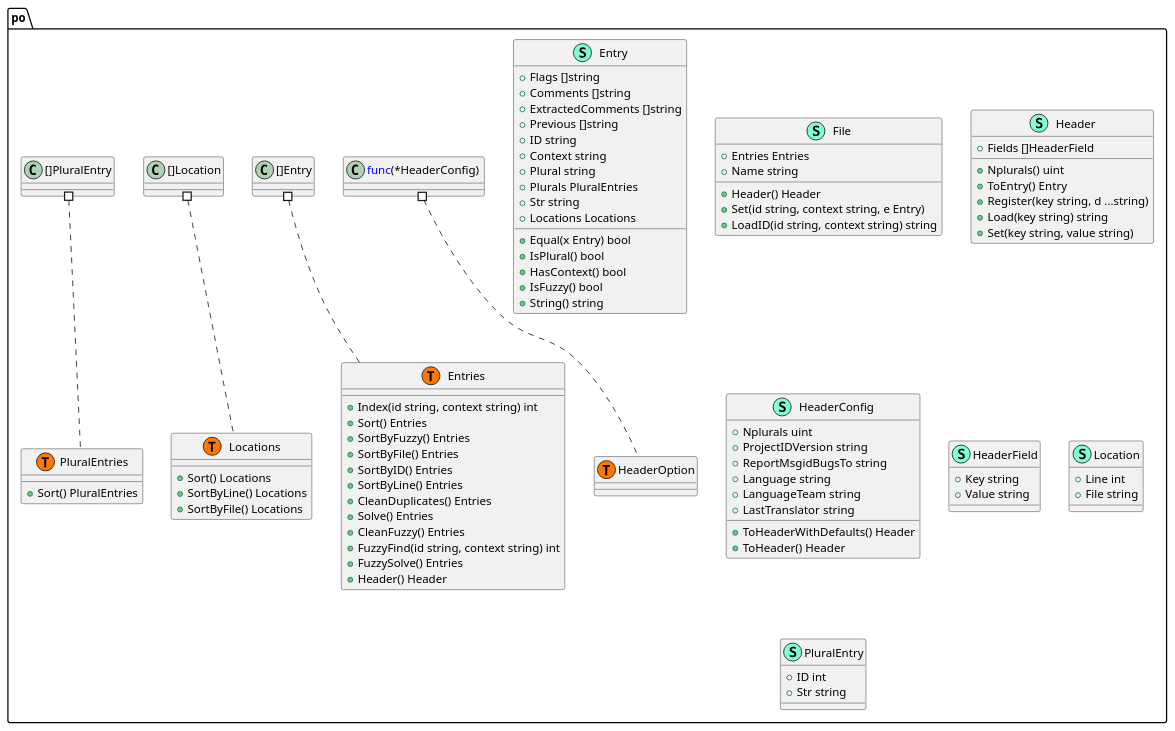
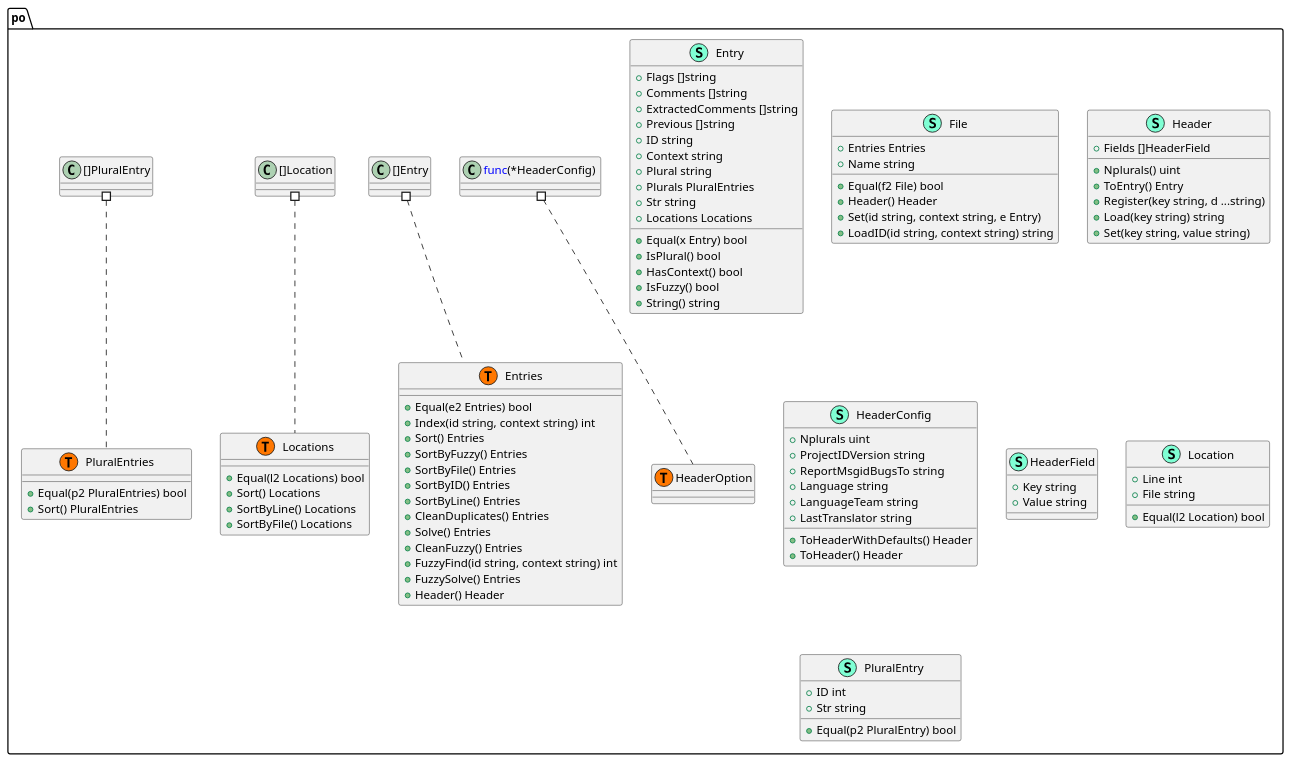
One commit to Tom5521/gotext-tools changed the diagram in pkg/po/structure.puml. Above: the diagram before and after it, drawn with PlantUML. The commit also changed 7 other files, not shown here.

Commit message:
docs: Update UML files

```diff
--- a/pkg/po/structure.puml
+++ b/pkg/po/structure.puml
@@ -1,108 +1,116 @@
 @startuml
 namespace po {
     class Entries << (S,Aquamarine) >> {
+        + Equal(e2 Entries) bool
         + Index(id string, context string) int
         + Sort() Entries
         + SortByFuzzy() Entries
         + SortByFile() Entries
         + SortByID() Entries
         + SortByLine() Entries
         + CleanDuplicates() Entries
         + Solve() Entries
         + CleanFuzzy() Entries
         + FuzzyFind(id string, context string) int
         + FuzzySolve() Entries
         + Header() Header
 
     }
     class Entry << (S,Aquamarine) >> {
         + Flags []string
         + Comments []string
         + ExtractedComments []string
         + Previous []string
         + ID string
         + Context string
         + Plural string
         + Plurals PluralEntries
         + Str string
         + Locations Locations
 
         + Equal(x Entry) bool
         + IsPlural() bool
         + HasContext() bool
         + IsFuzzy() bool
         + String() string
 
     }
     class File << (S,Aquamarine) >> {
         + Entries Entries
         + Name string
 
+        + Equal(f2 File) bool
         + Header() Header
         + Set(id string, context string, e Entry) 
         + LoadID(id string, context string) string
 
     }
     class Header << (S,Aquamarine) >> {
         + Fields []HeaderField
 
         + Nplurals() uint
         + ToEntry() Entry
         + Register(key string, d ...string) 
         + Load(key string) string
         + Set(key string, value string) 
 
     }
     class HeaderConfig << (S,Aquamarine) >> {
         + Nplurals uint
         + ProjectIDVersion string
         + ReportMsgidBugsTo string
         + Language string
         + LanguageTeam string
         + LastTranslator string
 
         + ToHeaderWithDefaults() Header
         + ToHeader() Header
 
     }
     class HeaderField << (S,Aquamarine) >> {
         + Key string
         + Value string
 
     }
     class Location << (S,Aquamarine) >> {
         + Line int
         + File string
 
+        + Equal(l2 Location) bool
+
     }
     class Locations << (S,Aquamarine) >> {
+        + Equal(l2 Locations) bool
         + Sort() Locations
         + SortByLine() Locations
         + SortByFile() Locations
 
     }
     class PluralEntries << (S,Aquamarine) >> {
+        + Equal(p2 PluralEntries) bool
         + Sort() PluralEntries
 
     }
     class PluralEntry << (S,Aquamarine) >> {
         + ID int
         + Str string
+
+        + Equal(p2 PluralEntry) bool
 
     }
     class po.Entries << (T, #FF7700) >>  {
     }
     class po.HeaderOption << (T, #FF7700) >>  {
     }
     class po.Locations << (T, #FF7700) >>  {
     }
     class po.PluralEntries << (T, #FF7700) >>  {
     }
 }
 
 
 "po.<font color=blue>func</font>(*HeaderConfig) " #.. "po.HeaderOption"
 "po.[]Entry" #.. "po.Entries"
 "po.[]Location" #.. "po.Locations"
 "po.[]PluralEntry" #.. "po.PluralEntries"
 @enduml
```
